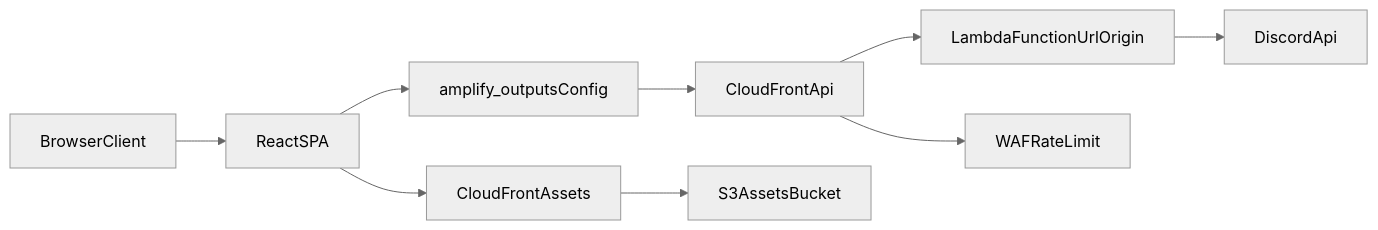
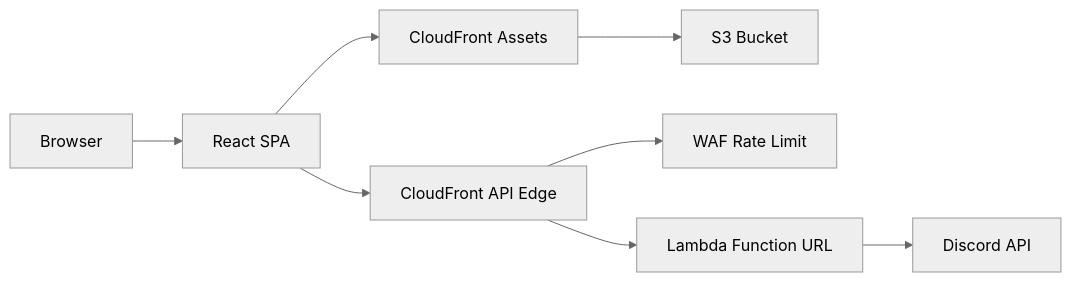
One commit to N0ahTM/HSTC changed the diagram in README.md. Above: the diagram before and after it, drawn with Mermaid (neutral theme). The commit also changed other lines of this file and 12 other files, not shown here.

````diff
--- a/README.md
+++ b/README.md
@@ -31,11 +19,10 @@
 ```mermaid
 flowchart LR
-  browser[BrowserClient] --> spa[ReactSPA]
-  spa --> apiConfig[amplify_outputsConfig]
-  apiConfig --> edgeApi[CloudFrontApi]
-  edgeApi --> lambdaUrl[LambdaFunctionUrlOrigin]
-  lambdaUrl --> discordApi[DiscordApi]
-  edgeApi --> wafAcl[WAFRateLimit]
-  spa --> assetCdn[CloudFrontAssets]
-  assetCdn --> s3Assets[S3AssetsBucket]
+  browser[Browser] --> spa[React SPA]
+  spa --> cdn[CloudFront Assets]
+  cdn --> s3[S3 Bucket]
+  spa --> apiEdge[CloudFront API Edge]
+  apiEdge --> waf[WAF Rate Limit]
+  apiEdge --> lambda[Lambda Function URL]
+  lambda --> discord[Discord API]
 ```
````
